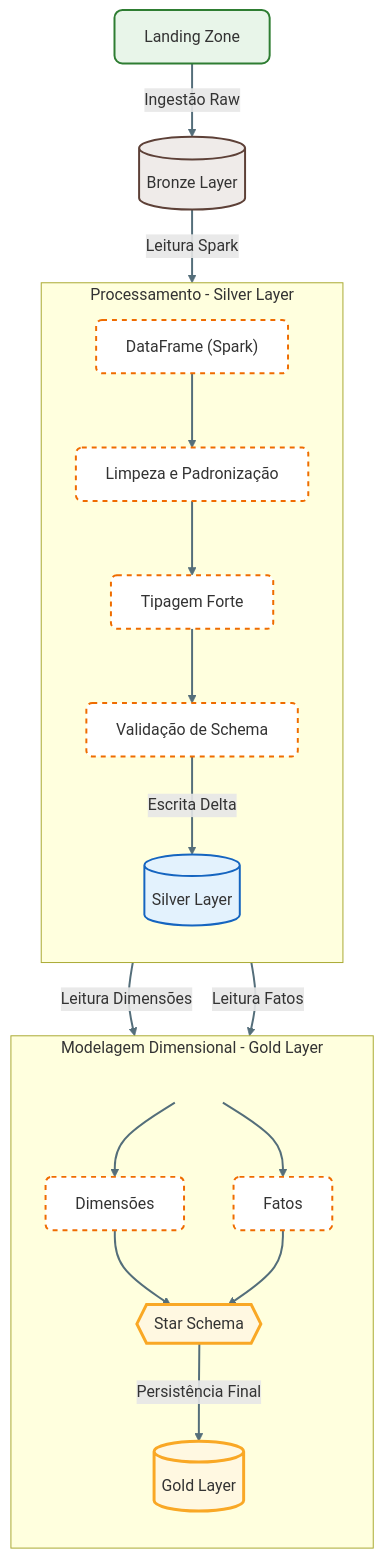
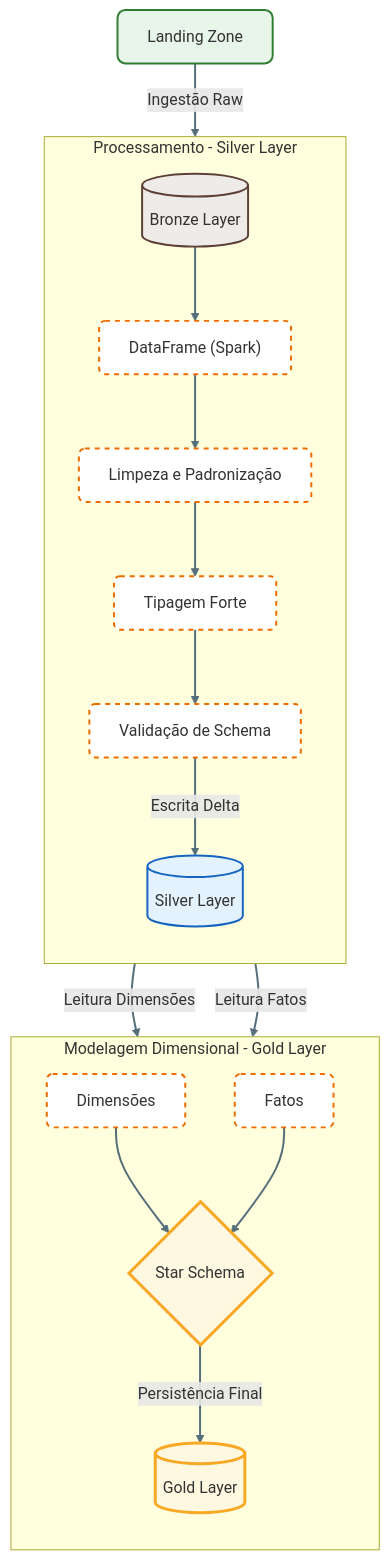
The second of 2 diagrams in docs/manual/04_arquitetura_detalhada.md (devdiasbr/databricks-challenge), drawn with Mermaid before and after one commit.

Commit message:
docs: atualizacao manual diagrama arquitetura

````diff
--- a/docs/manual/04_arquitetura_detalhada.md
+++ b/docs/manual/04_arquitetura_detalhada.md
@@ -116,53 +116,48 @@
 ```mermaid
 flowchart TD
     %% =========================
     %% DEFINIÇÃO DE ESTILOS
     %% =========================
     classDef landing fill:#e8f5e9,stroke:#2e7d32,stroke-width:2px,rx:8,ry:8;
     classDef bronze fill:#efebe9,stroke:#5d4037,stroke-width:2px,rx:6,ry:6;
     classDef silver fill:#e3f2fd,stroke:#1565c0,stroke-width:2px,rx:6,ry:6;
     classDef gold fill:#fff8e1,stroke:#f9a825,stroke-width:3px,rx:10,ry:10;
     classDef process fill:#ffffff,stroke:#ef6c00,stroke-width:2px,stroke-dasharray: 5 5,rx:6,ry:6;
-    classDef spacer fill:transparent,stroke:transparent;
 
-    %% LANDING
-    LZ[Landing Zone]:::landing
-    BR[(Bronze Layer)]:::bronze
-    LZ -->|Ingestão Raw| BR
+    %% =========================
+    %% LANDING / BRONZE
+    %% =========================
+    LZ[Landing Zone]:::landing -->|Ingestão Raw| BR[(Bronze Layer)]:::bronze
 
+    %% =========================
     %% SILVER
-    subgraph SILVER["Processamento - Silver Layer"]
+    %% =========================
+    subgraph SILVER [Processamento - Silver Layer]
+
         direction TB
-        DF["DataFrame (Spark)"]:::process
-        CLEAN[Limpeza e Padronização]:::process
-        TYPE[Tipagem Forte]:::process
-        VALID[Validação de Schema]:::process
-        SL[(Silver Layer)]:::silver
-
-        DF --> CLEAN --> TYPE --> VALID -->|Escrita Delta| SL
+        BR --> DF["DataFrame (Spark)"]:::process
+        DF --> CLEAN[Limpeza e Padronização]:::process
+        CLEAN --> TYPE[Tipagem Forte]:::process
+        TYPE --> VALID[Validação de Schema]:::process
+        VALID -->|Escrita Delta| SL[(Silver Layer)]:::silver
     end
 
-    BR -->|Leitura Spark| DF
-
+    %% =========================
     %% GOLD
-    subgraph GOLD["Modelagem Dimensional - Gold Layer"]
+    %% =========================
+    subgraph GOLD [Modelagem Dimensional - Gold Layer]
+    
+    
         direction TB
-
-        SPACE[ ]:::spacer
-        DIMS[Dimensões]:::process
-        FACT[Fatos]:::process
-        STAR{{Star Schema}}:::gold
-        GL[(Gold Layer)]:::gold
-
-        SPACE --> DIMS
-        SPACE --> FACT
-        DIMS --> STAR
+        SL -->|Leitura Dimensões| DIMS[Dimensões]:::process
+        SL -->|Leitura Fatos| FACT[Fatos]:::process
+        DIMS --> STAR{Star Schema}:::gold
         FACT --> STAR
-        STAR -->|Persistência Final| GL
+        STAR -->|Persistência Final| GL[(Gold Layer)]:::gold
     end
 
-    SL -->|Leitura Dimensões| DIMS
-    SL -->|Leitura Fatos| FACT
-
+    %% =========================
+    %% ESTILO DAS CONEXÕES
+    %% =========================
     linkStyle default stroke:#546e7a,stroke-width:2px;
 ```
````
